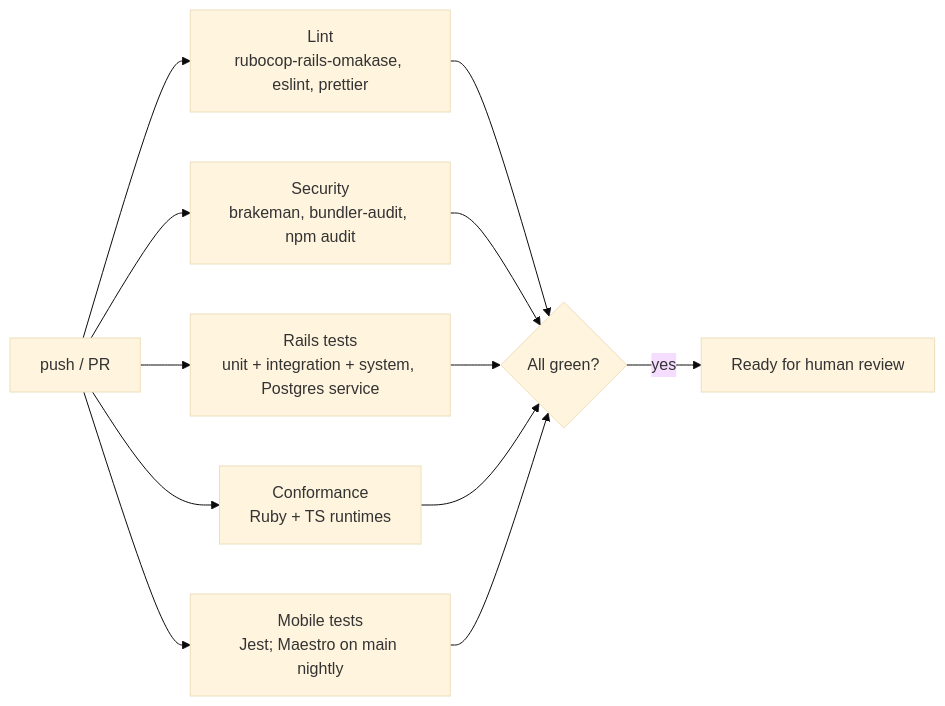
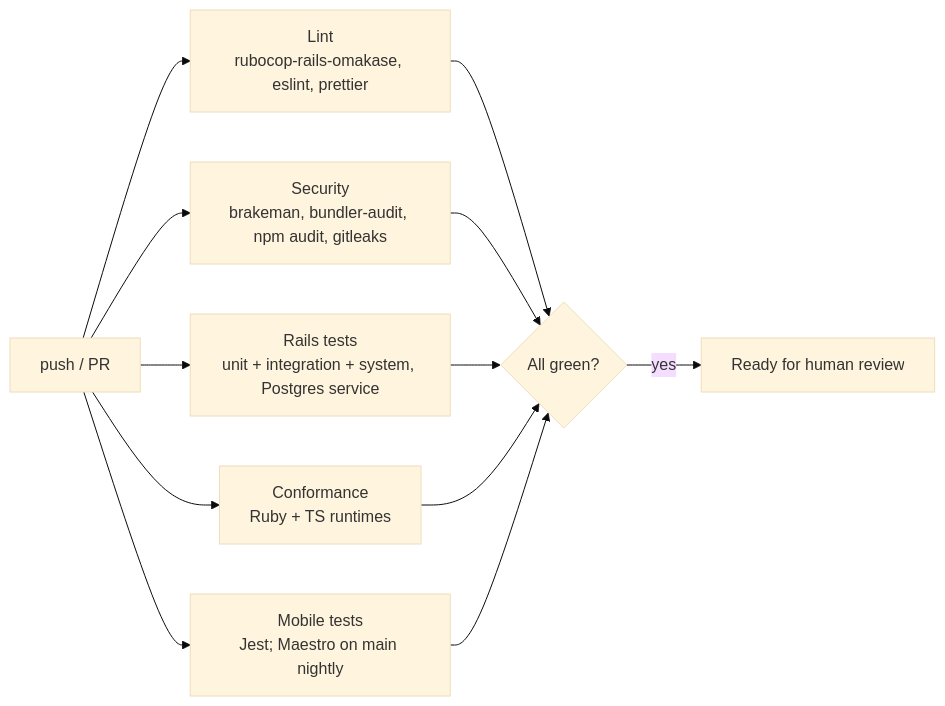
The diagram in docs/architecture/10-testing-strategy.md (Blaise-Shyaka/footsoldier), drawn with Mermaid (base theme) before and after one commit. The commit also changed other lines of this file and 24 other files, not shown here.

````diff
--- a/docs/architecture/10-testing-strategy.md
+++ b/docs/architecture/10-testing-strategy.md
@@ -79,10 +81,10 @@
 ```mermaid
 flowchart LR
   A[push / PR] --> L[Lint<br/>rubocop-rails-omakase, eslint, prettier]
-  A --> S[Security<br/>brakeman, bundler-audit, npm audit]
+  A --> S[Security<br/>brakeman, bundler-audit, npm audit, gitleaks]
   A --> T[Rails tests<br/>unit + integration + system, Postgres service]
   A --> C[Conformance<br/>Ruby + TS runtimes]
   A --> M[Mobile tests<br/>Jest; Maestro on main nightly]
   L & S & T & C & M --> G{All green?}
   G -->|yes| R[Ready for human review]
 ```
````
